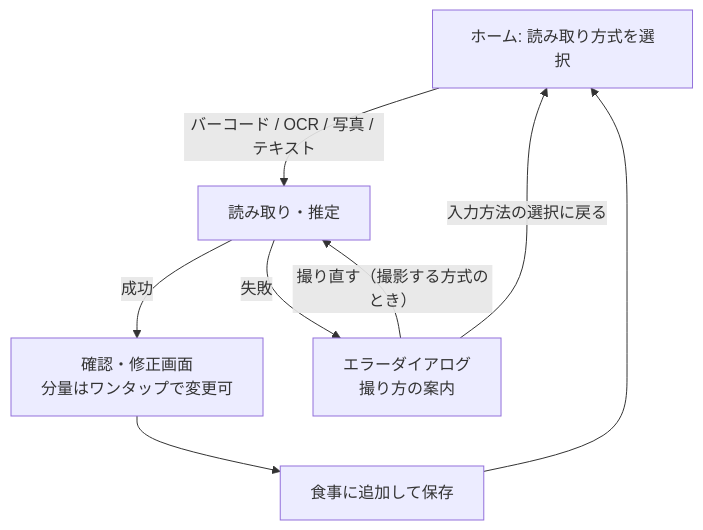
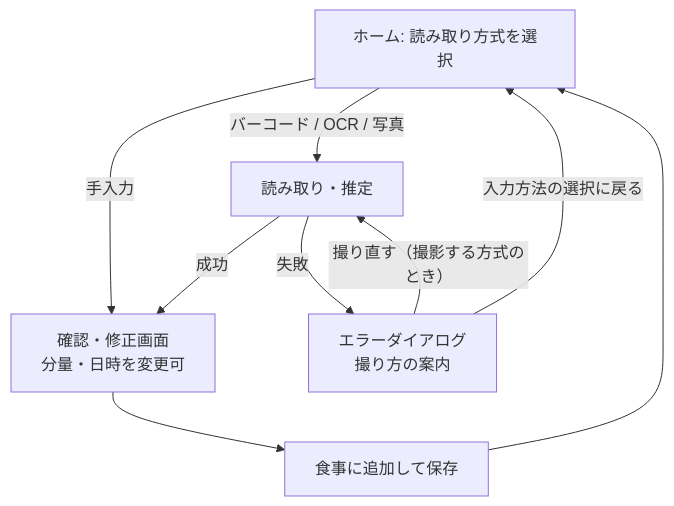
Before and after one commit to t-teieki/onaka-log: the diagram in docs/01_requirements/scope.md, drawn with Mermaid. The commit also changed other lines of this file and 11 other files, not shown here.

````diff
--- a/docs/01_requirements/scope.md
+++ b/docs/01_requirements/scope.md
@@ -45,10 +47,11 @@
 ```mermaid
 flowchart TD
-    Home[ホーム: 読み取り方式を選択] -->|バーコード / OCR / 写真 / テキスト| Get[読み取り・推定]
-    Get -->|成功| Confirm[確認・修正画面<br>分量はワンタップで変更可]
+    Home[ホーム: 読み取り方式を選択] -->|バーコード / OCR / 写真| Get[読み取り・推定]
+    Home -->|手入力| Confirm
+    Get -->|成功| Confirm[確認・修正画面<br>分量・日時を変更可]
     Get -->|失敗| Err[エラーダイアログ<br>撮り方の案内]
     Err -->|撮り直す（撮影する方式のとき）| Get
     Err -->|入力方法の選択に戻る| Home
     Confirm --> Save[食事に追加して保存]
     Save --> Home
 ```
````
